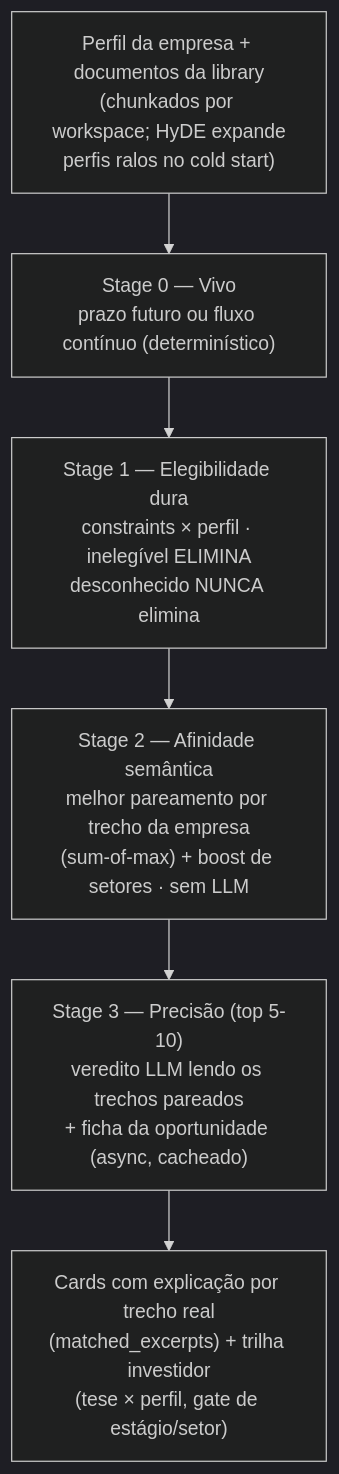
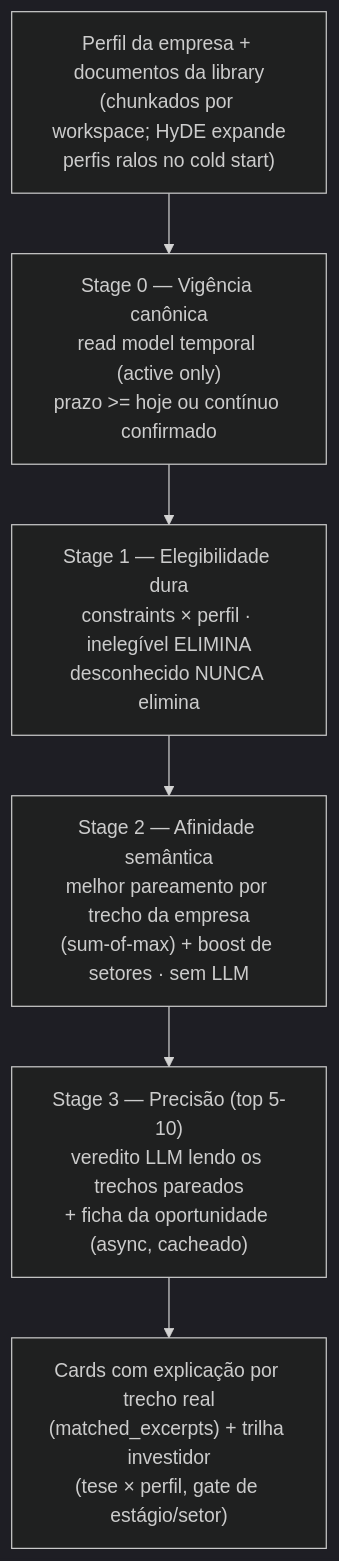
Before and after one commit to lucasborgs/radar_editais: the third of 3 diagrams in docs/architecture.md, drawn with Mermaid (dark theme). The commit also changed other lines of this file and 6 other files, not shown here.

````diff
--- a/docs/architecture.md
+++ b/docs/architecture.md
@@ -123,9 +133,9 @@
 ```mermaid
 flowchart TB
   P["Perfil da empresa + documentos da library<br/>(chunkados por workspace; HyDE expande<br/>perfis ralos no cold start)"]
-  P --> S0["Stage 0 — Vivo<br/>prazo futuro ou fluxo contínuo (determinístico)"]
+  P --> S0["Stage 0 — Vigência canônica<br/>read model temporal (active only)<br/>prazo >= hoje ou contínuo confirmado"]
   S0 --> S1["Stage 1 — Elegibilidade dura<br/>constraints × perfil · inelegível ELIMINA<br/>desconhecido NUNCA elimina"]
   S1 --> S2["Stage 2 — Afinidade semântica<br/>melhor pareamento por trecho da empresa<br/>(sum-of-max) + boost de setores · sem LLM"]
   S2 --> S3["Stage 3 — Precisão (top 5-10)<br/>veredito LLM lendo os trechos pareados<br/>+ ficha da oportunidade (async, cacheado)"]
   S3 --> CARDS["Cards com explicação por trecho real<br/>(matched_excerpts) + trilha investidor<br/>(tese × perfil, gate de estágio/setor)"]
 ```
````
